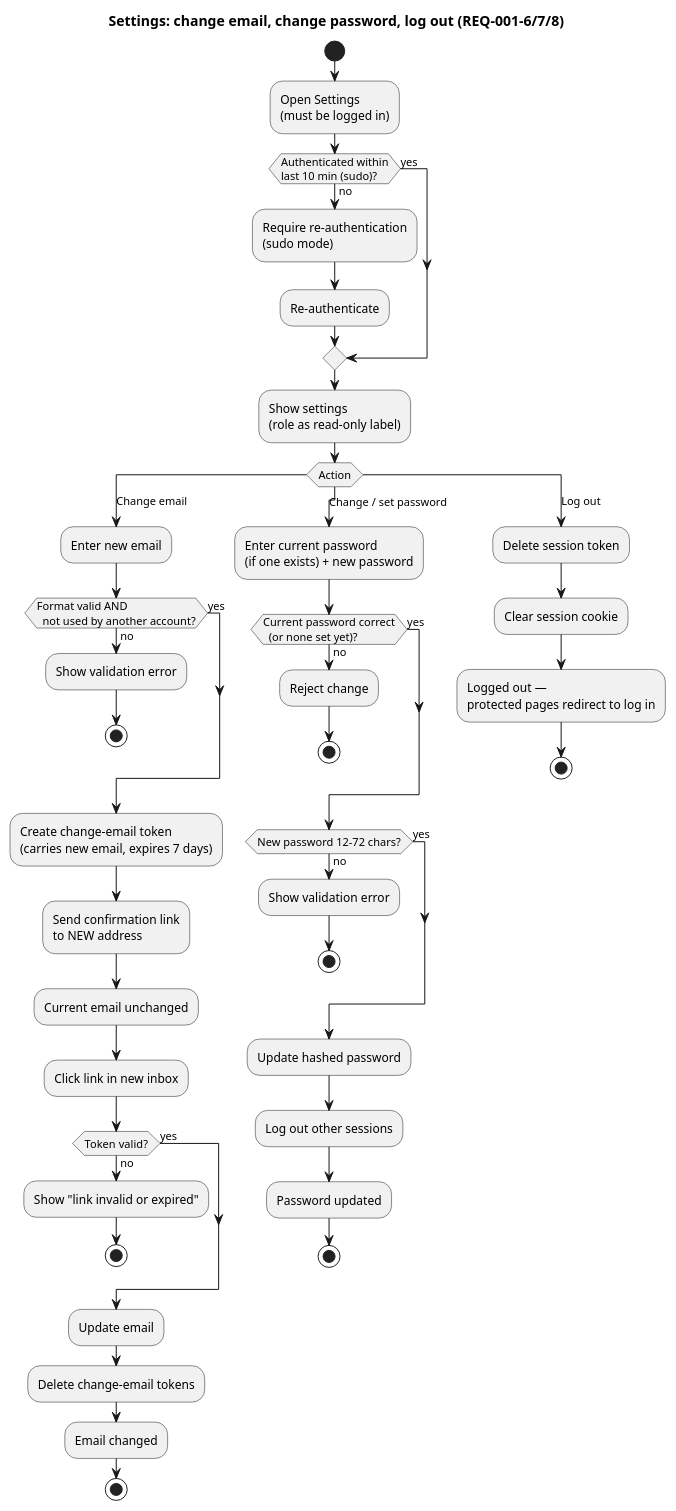
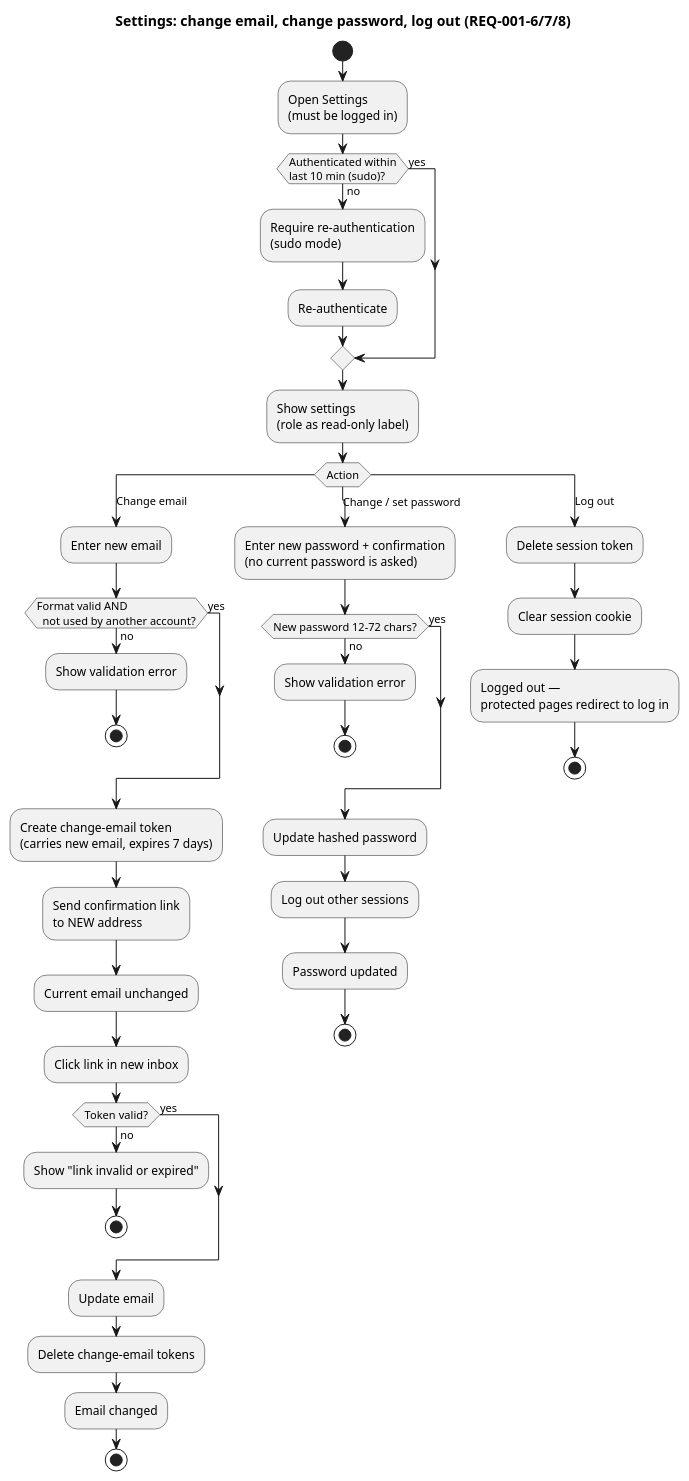
The diagram in docs/specs/001-accounts-authentication/diagrams/activity-settings.puml (raseniero/jairojobs-elixir), drawn with PlantUML before and after one commit. The commit also changed 7 other files, not shown here.

```diff
--- a/docs/specs/001-accounts-authentication/diagrams/activity-settings.puml
+++ b/docs/specs/001-accounts-authentication/diagrams/activity-settings.puml
@@ -1,66 +1,60 @@
 @startuml activity-settings
 ' Spec 001 — account settings and log out (REQ-001-6, REQ-001-7, REQ-001-8)
 title Settings: change email, change password, log out (REQ-001-6/7/8)
 
 start
 :Open Settings
 (must be logged in);
 if (Authenticated within
 last 10 min (sudo)?) then (no)
   :Require re-authentication
   (sudo mode);
   :Re-authenticate;
 else (yes)
 endif
 :Show settings
 (role as read-only label);
 switch (Action)
 case (Change email)
   :Enter new email;
   if (Format valid AND
   not used by another account?) then (no)
     :Show validation error;
     stop
   else (yes)
   endif
   :Create change-email token
   (carries new email, expires 7 days);
   :Send confirmation link
   to NEW address;
   :Current email unchanged;
   :Click link in new inbox;
   if (Token valid?) then (no)
     :Show "link invalid or expired";
     stop
   else (yes)
   endif
   :Update email;
   :Delete change-email tokens;
   :Email changed;
   stop
 case (Change / set password)
-  :Enter current password
-  (if one exists) + new password;
-  if (Current password correct
-  (or none set yet)?) then (no)
-    :Reject change;
-    stop
-  else (yes)
-  endif
+  :Enter new password + confirmation
+  (no current password is asked);
   if (New password 12–72 chars?) then (no)
     :Show validation error;
     stop
   else (yes)
   endif
   :Update hashed password;
   :Log out other sessions;
   :Password updated;
   stop
 case (Log out)
   :Delete session token;
   :Clear session cookie;
   :Logged out —
   protected pages redirect to log in;
   stop
 endswitch
 @enduml
```
